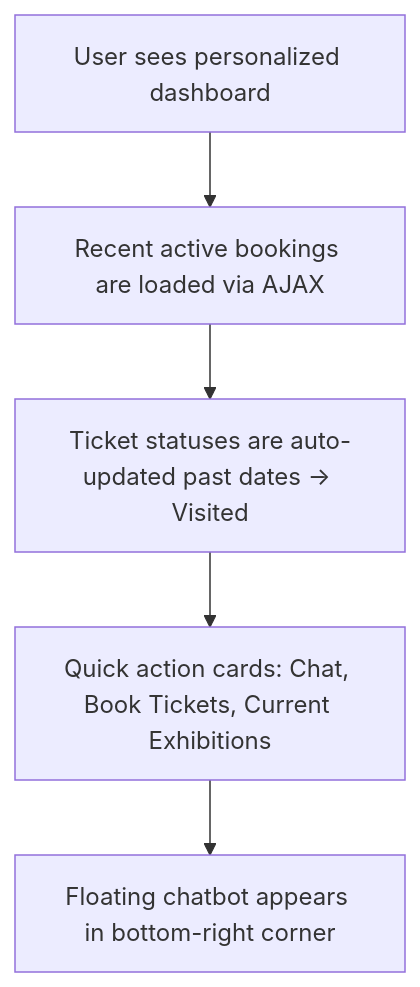
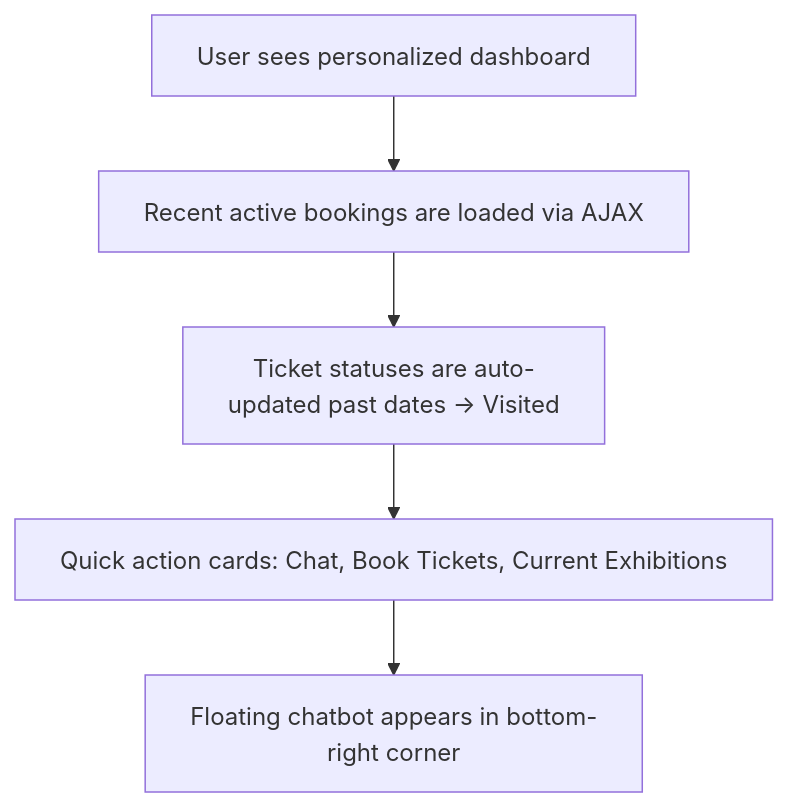
One commit to chaitanyasaiyerra/Musuem-chatbot changed the fourth of 15 diagrams in STEP_BY_STEP_GUIDE.md. Above: the diagram before and after it, drawn with Mermaid. The commit also changed other lines of this file and 1 other file, not shown here.

Commit message:
docs: replace spaces with nbsp in mermaid diagrams to force single-line rendering

````diff
--- a/STEP_BY_STEP_GUIDE.md
+++ b/STEP_BY_STEP_GUIDE.md
@@ -64,7 +64,7 @@
 ```mermaid
 graph TD
-    A["User sees personalized dashboard"] --> B["Recent active bookings are loaded via AJAX"]
-    B --> C["Ticket statuses are auto-updated past dates → Visited"]
-    C --> D["Quick action cards: Chat, Book Tickets, Current Exhibitions"]
-    D --> E["Floating chatbot appears in bottom-right corner"]
+    A["User&nbsp;sees&nbsp;personalized&nbsp;dashboard"] --> B["Recent&nbsp;active&nbsp;bookings&nbsp;are&nbsp;loaded&nbsp;via&nbsp;AJAX"]
+    B --> C["Ticket&nbsp;statuses&nbsp;are&nbsp;auto-updated&nbsp;past&nbsp;dates&nbsp;→&nbsp;Visited"]
+    C --> D["Quick&nbsp;action&nbsp;cards:&nbsp;Chat,&nbsp;Book&nbsp;Tickets,&nbsp;Current&nbsp;Exhibitions"]
+    D --> E["Floating&nbsp;chatbot&nbsp;appears&nbsp;in&nbsp;bottom-right&nbsp;corner"]
 ```
````
